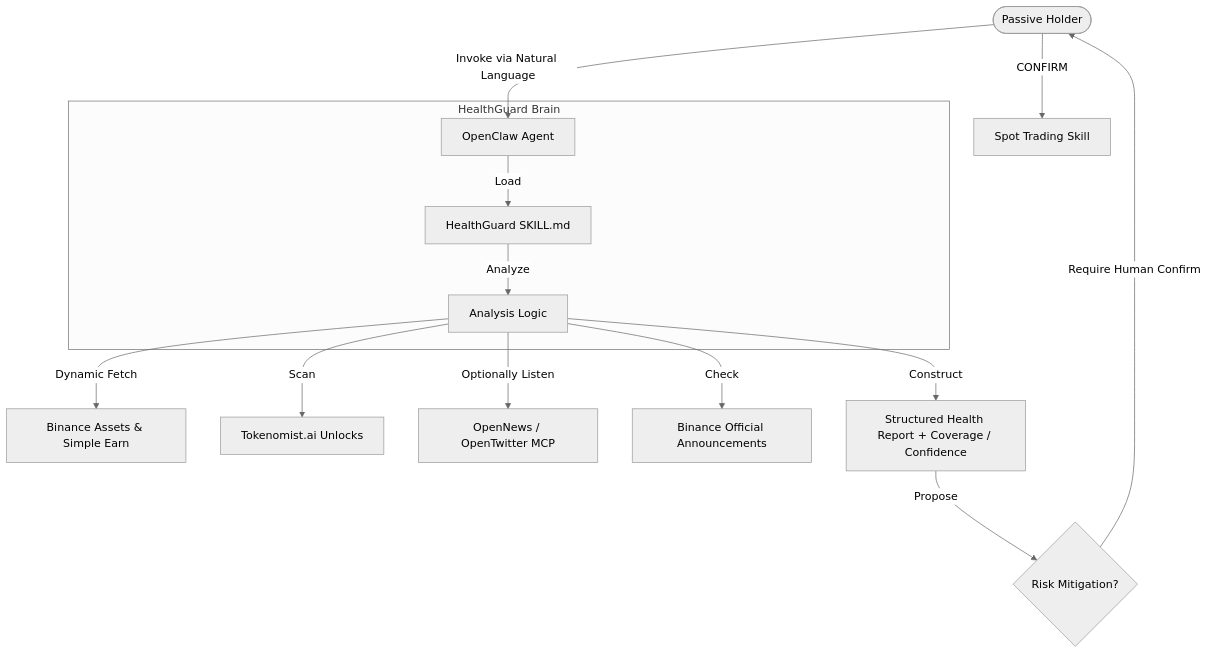
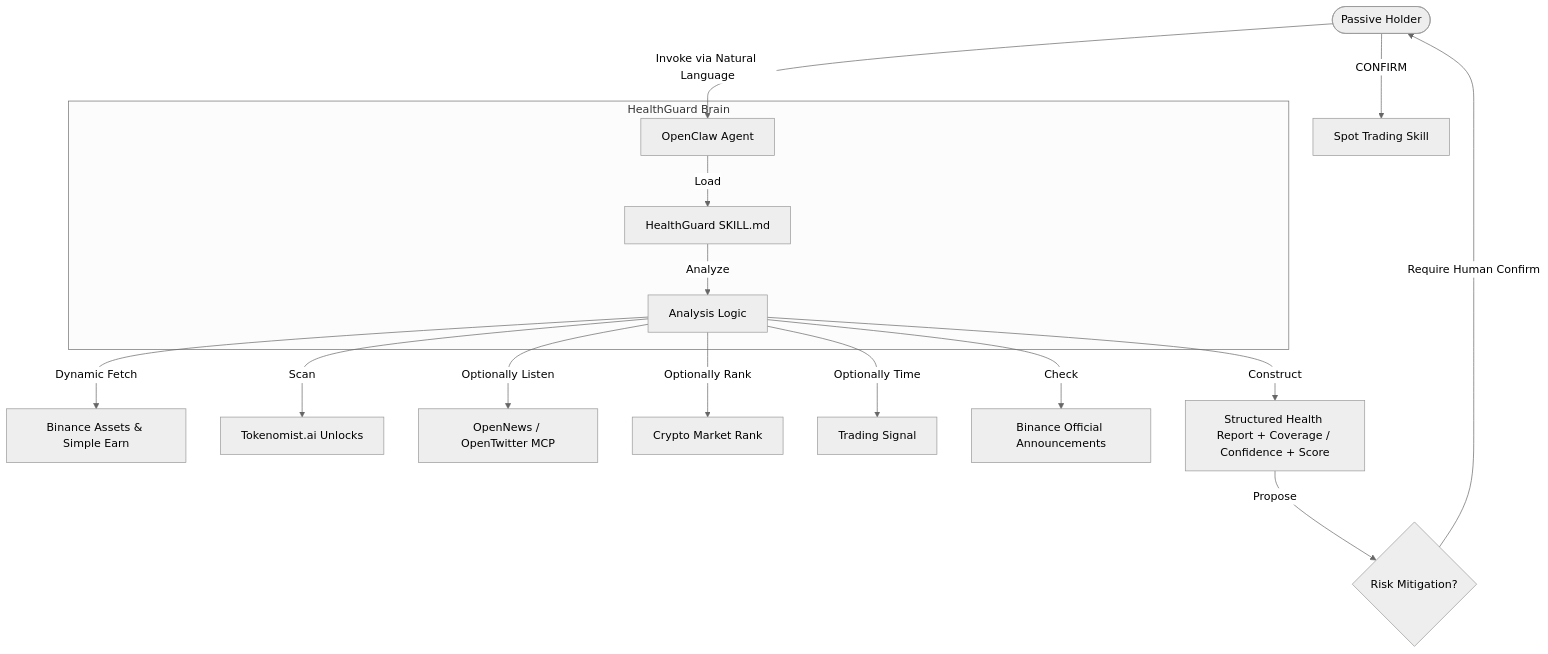
One commit to funnys1r/Binance-HealthGuard changed the diagram in docs/ARCHITECTURE.md. Above: the diagram before and after it, drawn with Mermaid (neutral theme). The commit also changed 3 other files, not shown here.

````diff
--- a/docs/ARCHITECTURE.md
+++ b/docs/ARCHITECTURE.md
@@ -6,17 +6,19 @@
 ```mermaid
 graph TD
     User([Passive Holder]) -->|Invoke via Natural Language| Agent[OpenClaw Agent]
     subgraph HealthGuard Brain
         Agent -->|Load| SkillSet[HealthGuard SKILL.md]
         SkillSet -->|Analyze| Orchestrator[Analysis Logic]
     end
     Orchestrator -->|Dynamic Fetch| Assets[Binance Assets & Simple Earn]
     Orchestrator -->|Scan| Economic[Tokenomist.ai Unlocks]
     Orchestrator -->|Optionally Listen| Social[OpenNews / OpenTwitter MCP]
+    Orchestrator -->|Optionally Rank| Rank[Crypto Market Rank]
+    Orchestrator -->|Optionally Time| Signal[Trading Signal]
     Orchestrator -->|Check| Official[Binance Official Announcements]
     
-    Orchestrator -->|Construct| Report[Structured Health Report + Coverage / Confidence]
+    Orchestrator -->|Construct| Report[Structured Health Report + Coverage / Confidence + Score]
     Report -->|Propose| Action{Risk Mitigation?}
     Action -->|Require Human Confirm| User
     User -->|CONFIRM| Execute[Spot Trading Skill]
 ```
````
